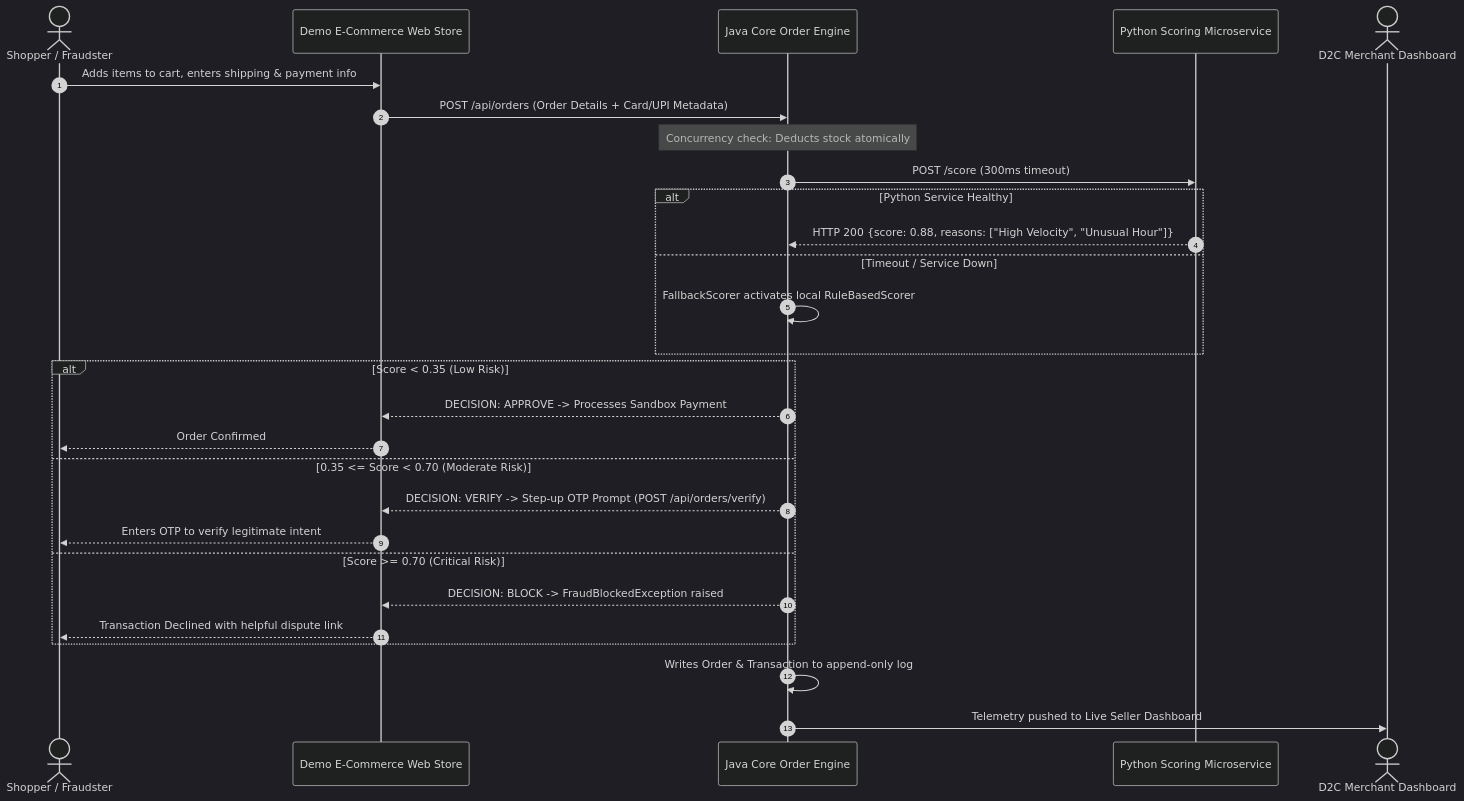
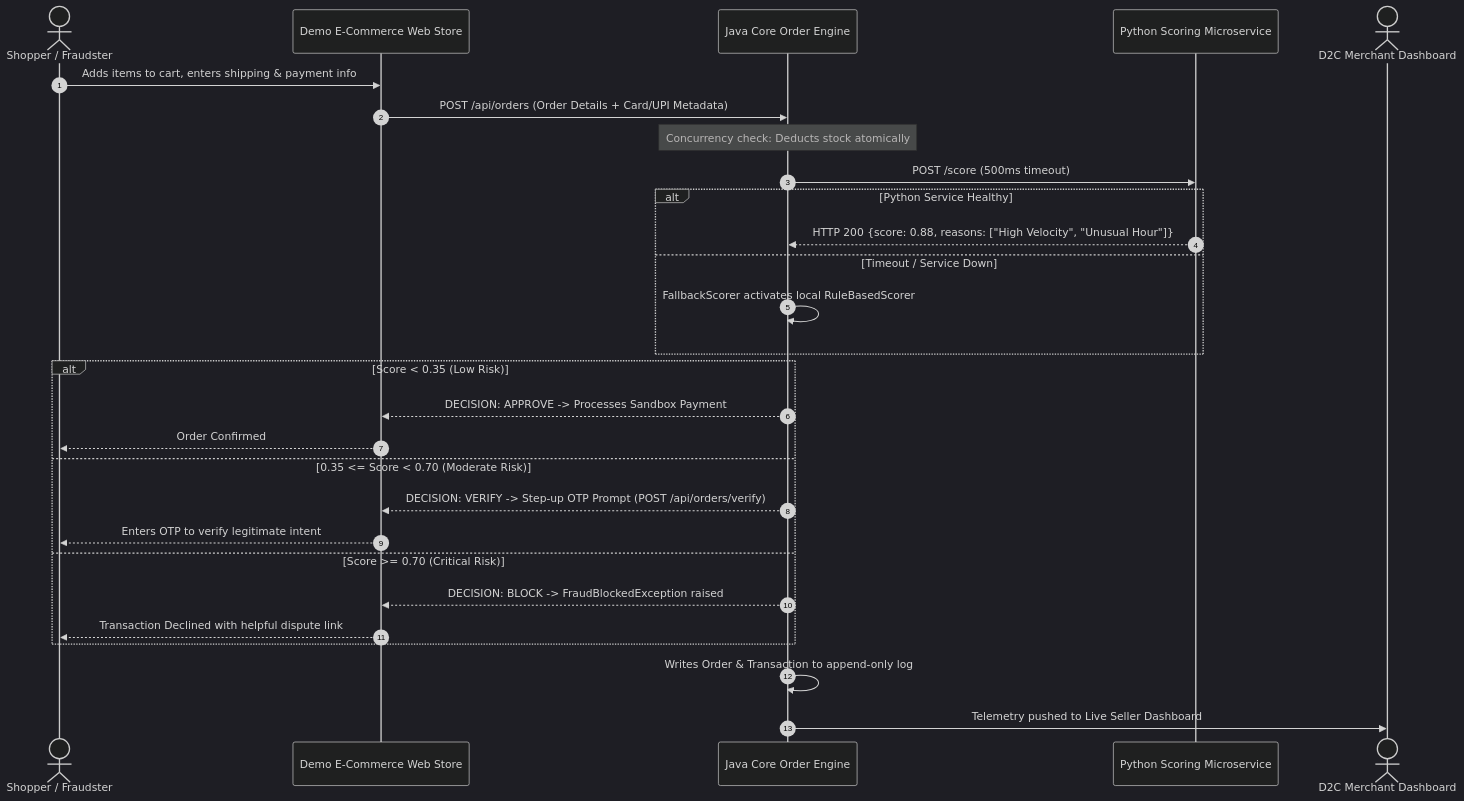
One commit to Maahirrrr/FraudShield changed the diagram in docs/ECOMMERCE_DESIGN.md. Above: the diagram before and after it, drawn with Mermaid (dark theme). The commit also changed other lines of this file and 15 other files, not shown here.

````diff
--- a/docs/ECOMMERCE_DESIGN.md
+++ b/docs/ECOMMERCE_DESIGN.md
@@ -34,33 +34,33 @@
 ```mermaid
 sequenceDiagram
     autonumber
     actor Customer as Shopper / Fraudster
     participant Store as Demo E-Commerce Web Store
     participant Java as Java Core Order Engine
     participant Python as Python Scoring Microservice
     actor Merchant as D2C Merchant Dashboard
 
     Customer->>Store: Adds items to cart, enters shipping & payment info
     Store->>Java: POST /api/orders (Order Details + Card/UPI Metadata)
     Note over Java: Concurrency check: Deducts stock atomically
-    Java->>Python: POST /score (300ms timeout)
+    Java->>Python: POST /score (500ms timeout)
     alt Python Service Healthy
         Python-->>Java: HTTP 200 {score: 0.88, reasons: ["High Velocity", "Unusual Hour"]}
     else Timeout / Service Down
         Java->>Java: FallbackScorer activates local RuleBasedScorer
     end
     
     alt Score < 0.35 (Low Risk)
         Java-->>Store: DECISION: APPROVE -> Processes Sandbox Payment
         Store-->>Customer: Order Confirmed
     else 0.35 <= Score < 0.70 (Moderate Risk)
         Java-->>Store: DECISION: VERIFY -> Step-up OTP Prompt (POST /api/orders/verify)
         Store-->>Customer: Enters OTP to verify legitimate intent
     else Score >= 0.70 (Critical Risk)
         Java-->>Store: DECISION: BLOCK -> FraudBlockedException raised
         Store-->>Customer: Transaction Declined with helpful dispute link
     end
 
     Java->>Java: Writes Order & Transaction to append-only log
     Java->>Merchant: Telemetry pushed to Live Seller Dashboard
 ```
````
